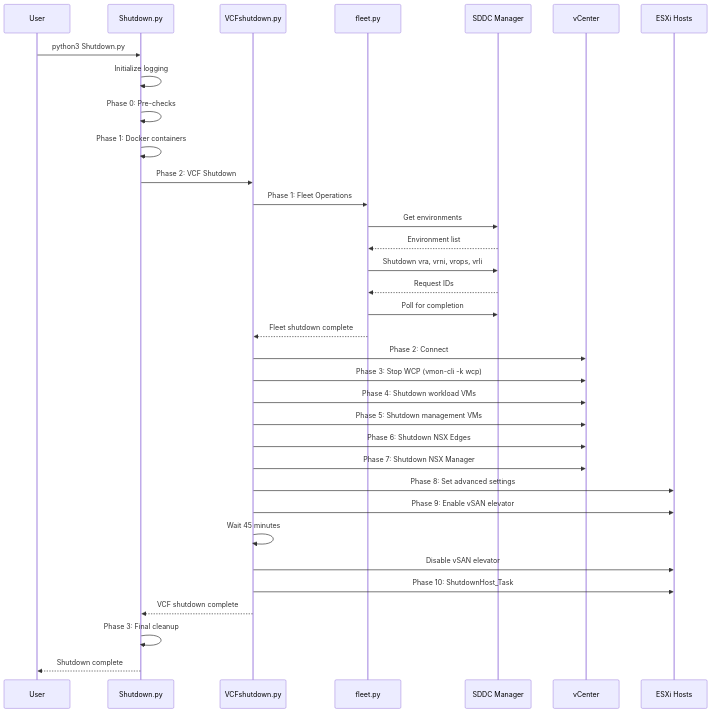
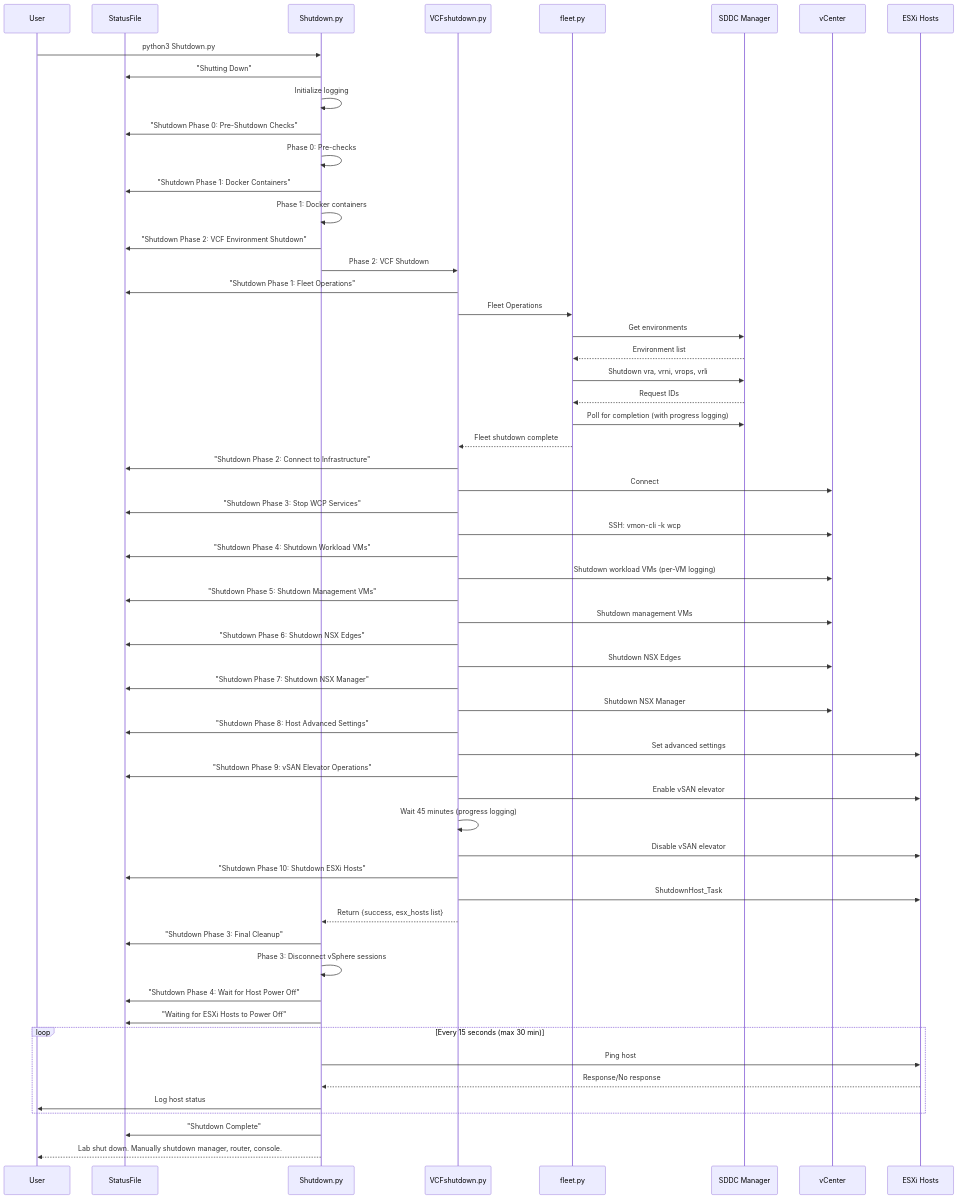
The fifth of 5 diagrams in Shutdown/README.md (Broadcom/HOLFY27-MGR-HOLUSER), drawn with Mermaid before and after one commit. The commit also changed other lines of this file and 2 other files, not shown here.

Commit message:
Update the shutdown process for more accurate logging of ESX hosts shutdown

````diff
--- a/Shutdown/README.md
+++ b/Shutdown/README.md
@@ -243,42 +273,70 @@
 ```mermaid
 sequenceDiagram
     participant User
+    participant StatusFile
     participant Shutdown.py
     participant VCFshutdown.py
     participant fleet.py
     participant SDDC Manager
     participant vCenter
     participant ESXi Hosts
 
     User->>Shutdown.py: python3 Shutdown.py
+    Shutdown.py->>StatusFile: "Shutting Down"
     Shutdown.py->>Shutdown.py: Initialize logging
+    Shutdown.py->>StatusFile: "Shutdown Phase 0: Pre-Shutdown Checks"
     Shutdown.py->>Shutdown.py: Phase 0: Pre-checks
+    Shutdown.py->>StatusFile: "Shutdown Phase 1: Docker Containers"
     Shutdown.py->>Shutdown.py: Phase 1: Docker containers
     
+    Shutdown.py->>StatusFile: "Shutdown Phase 2: VCF Environment Shutdown"
     Shutdown.py->>VCFshutdown.py: Phase 2: VCF Shutdown
     
-    VCFshutdown.py->>fleet.py: Phase 1: Fleet Operations
+    VCFshutdown.py->>StatusFile: "Shutdown Phase 1: Fleet Operations"
+    VCFshutdown.py->>fleet.py: Fleet Operations
     fleet.py->>SDDC Manager: Get environments
     SDDC Manager-->>fleet.py: Environment list
     fleet.py->>SDDC Manager: Shutdown vra, vrni, vrops, vrli
     SDDC Manager-->>fleet.py: Request IDs
-    fleet.py->>SDDC Manager: Poll for completion
+    fleet.py->>SDDC Manager: Poll for completion (with progress logging)
     fleet.py-->>VCFshutdown.py: Fleet shutdown complete
     
-    VCFshutdown.py->>vCenter: Phase 2: Connect
-    VCFshutdown.py->>vCenter: Phase 3: Stop WCP (vmon-cli -k wcp)
-    VCFshutdown.py->>vCenter: Phase 4: Shutdown workload VMs
-    VCFshutdown.py->>vCenter: Phase 5: Shutdown management VMs
-    VCFshutdown.py->>vCenter: Phase 6: Shutdown NSX Edges
-    VCFshutdown.py->>vCenter: Phase 7: Shutdown NSX Manager
+    VCFshutdown.py->>StatusFile: "Shutdown Phase 2: Connect to Infrastructure"
+    VCFshutdown.py->>vCenter: Connect
+    VCFshutdown.py->>StatusFile: "Shutdown Phase 3: Stop WCP Services"
+    VCFshutdown.py->>vCenter: SSH: vmon-cli -k wcp
+    VCFshutdown.py->>StatusFile: "Shutdown Phase 4: Shutdown Workload VMs"
+    VCFshutdown.py->>vCenter: Shutdown workload VMs (per-VM logging)
+    VCFshutdown.py->>StatusFile: "Shutdown Phase 5: Shutdown Management VMs"
+    VCFshutdown.py->>vCenter: Shutdown management VMs
+    VCFshutdown.py->>StatusFile: "Shutdown Phase 6: Shutdown NSX Edges"
+    VCFshutdown.py->>vCenter: Shutdown NSX Edges
+    VCFshutdown.py->>StatusFile: "Shutdown Phase 7: Shutdown NSX Manager"
+    VCFshutdown.py->>vCenter: Shutdown NSX Manager
     
-    VCFshutdown.py->>ESXi Hosts: Phase 8: Set advanced settings
-    VCFshutdown.py->>ESXi Hosts: Phase 9: Enable vSAN elevator
-    VCFshutdown.py->>VCFshutdown.py: Wait 45 minutes
+    VCFshutdown.py->>StatusFile: "Shutdown Phase 8: Host Advanced Settings"
+    VCFshutdown.py->>ESXi Hosts: Set advanced settings
+    VCFshutdown.py->>StatusFile: "Shutdown Phase 9: vSAN Elevator Operations"
+    VCFshutdown.py->>ESXi Hosts: Enable vSAN elevator
+    VCFshutdown.py->>VCFshutdown.py: Wait 45 minutes (progress logging)
     VCFshutdown.py->>ESXi Hosts: Disable vSAN elevator
-    VCFshutdown.py->>ESXi Hosts: Phase 10: ShutdownHost_Task
+    VCFshutdown.py->>StatusFile: "Shutdown Phase 10: Shutdown ESXi Hosts"
+    VCFshutdown.py->>ESXi Hosts: ShutdownHost_Task
     
-    VCFshutdown.py-->>Shutdown.py: VCF shutdown complete
-    Shutdown.py->>Shutdown.py: Phase 3: Final cleanup
-    Shutdown.py-->>User: Shutdown complete
+    VCFshutdown.py-->>Shutdown.py: Return {success, esx_hosts list}
+    
+    Shutdown.py->>StatusFile: "Shutdown Phase 3: Final Cleanup"
+    Shutdown.py->>Shutdown.py: Phase 3: Disconnect vSphere sessions
+    
+    Shutdown.py->>StatusFile: "Shutdown Phase 4: Wait for Host Power Off"
+    Shutdown.py->>StatusFile: "Waiting for ESXi Hosts to Power Off"
+    
+    loop Every 15 seconds (max 30 min)
+        Shutdown.py->>ESXi Hosts: Ping host
+        ESXi Hosts-->>Shutdown.py: Response/No response
+        Shutdown.py->>User: Log host status
+    end
+    
+    Shutdown.py->>StatusFile: "Shutdown Complete"
+    Shutdown.py-->>User: Lab shut down. Manually shutdown manager, router, console.
 ```
````
